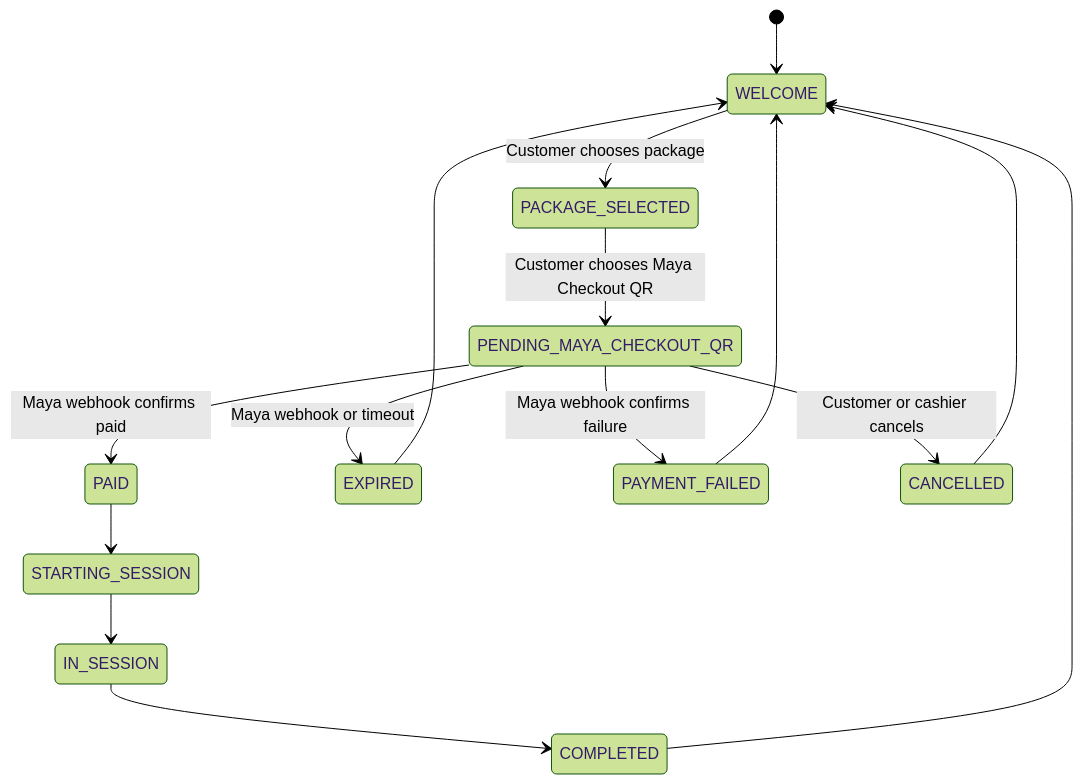
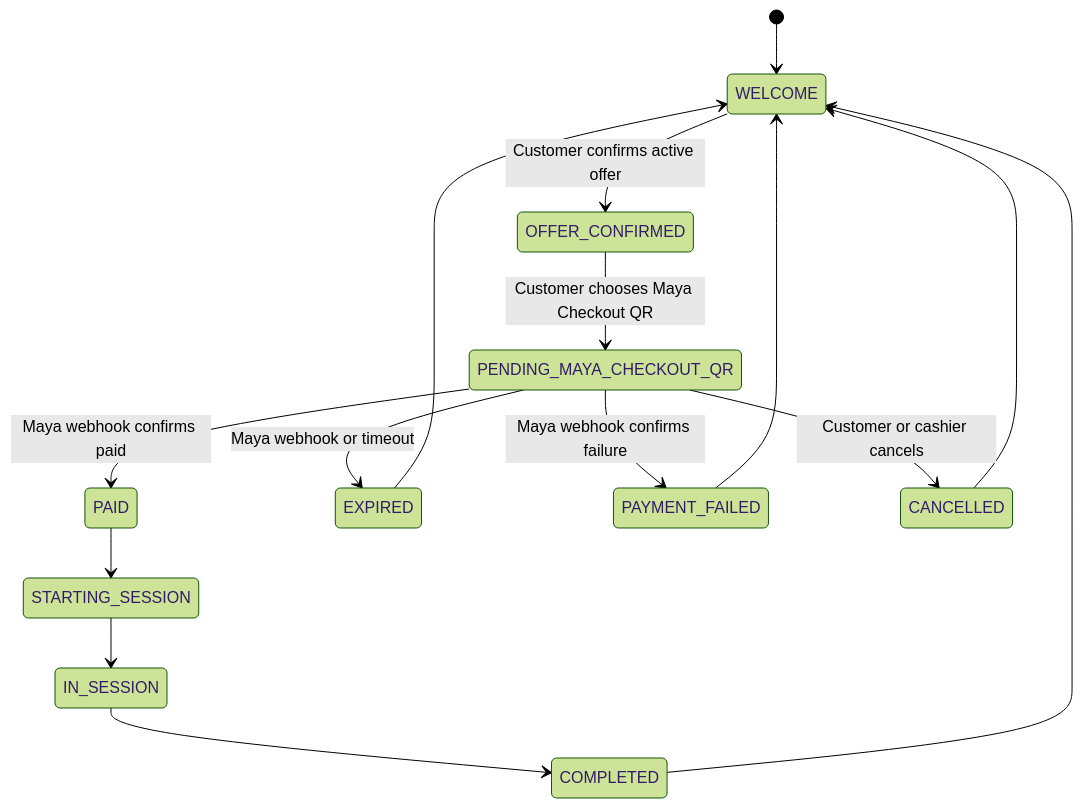
Before and after one commit to quinjan/PhotoBIZ: the sixth of 9 diagrams in docs/ARCHITECTURE.md, drawn with Mermaid (forest theme). The commit also changed other lines of this file and 12 other files, not shown here.

````diff
--- a/docs/ARCHITECTURE.md
+++ b/docs/ARCHITECTURE.md
@@ -167,17 +194,17 @@
 ```mermaid
 stateDiagram-v2
   [*] --> WELCOME
-  WELCOME --> PACKAGE_SELECTED: Customer chooses package
-  PACKAGE_SELECTED --> PENDING_MAYA_CHECKOUT_QR: Customer chooses Maya Checkout QR
+  WELCOME --> OFFER_CONFIRMED: Customer confirms active offer
+  OFFER_CONFIRMED --> PENDING_MAYA_CHECKOUT_QR: Customer chooses Maya Checkout QR
   PENDING_MAYA_CHECKOUT_QR --> PAID: Maya webhook confirms paid
   PENDING_MAYA_CHECKOUT_QR --> EXPIRED: Maya webhook or timeout
   PENDING_MAYA_CHECKOUT_QR --> PAYMENT_FAILED: Maya webhook confirms failure
   PENDING_MAYA_CHECKOUT_QR --> CANCELLED: Customer or cashier cancels
   PAID --> STARTING_SESSION
   STARTING_SESSION --> IN_SESSION
   IN_SESSION --> COMPLETED
   COMPLETED --> WELCOME
   EXPIRED --> WELCOME
   PAYMENT_FAILED --> WELCOME
   CANCELLED --> WELCOME
 ```
````
